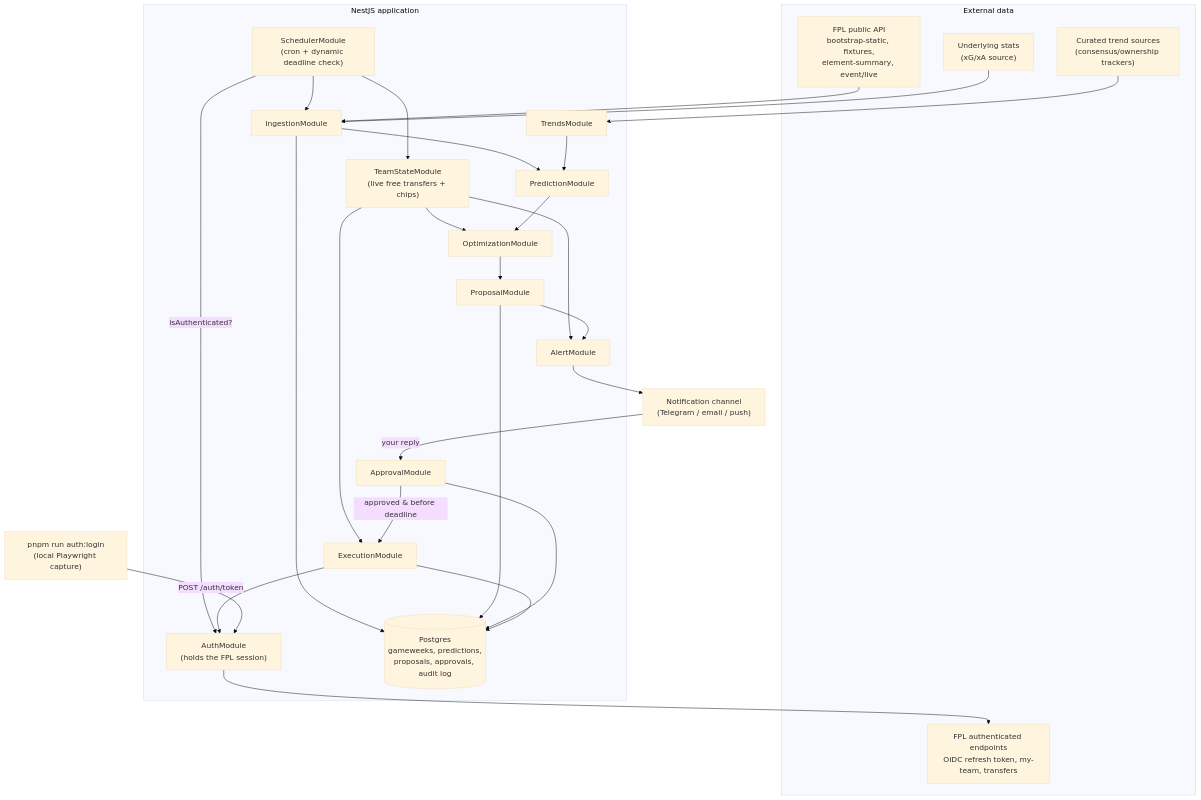
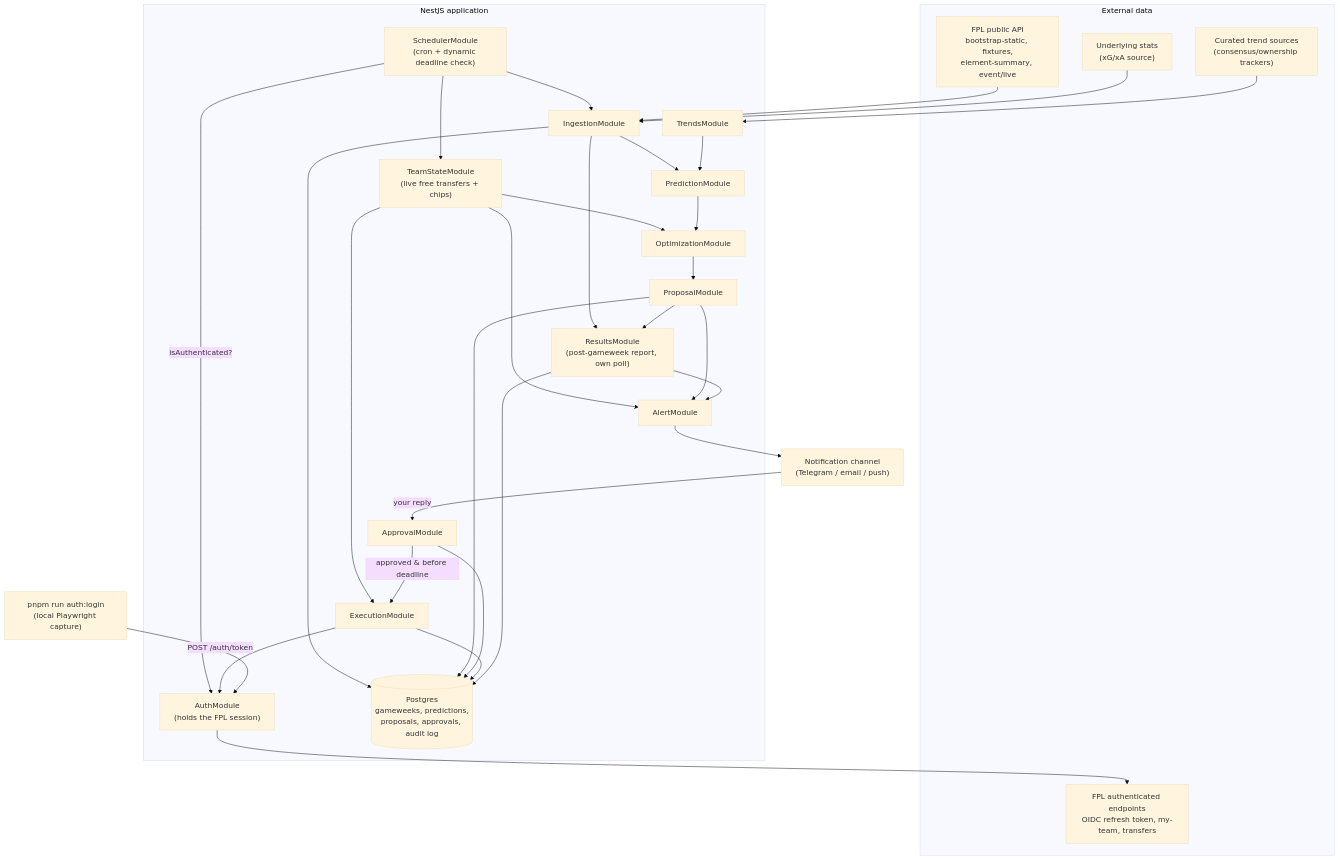
Before and after one commit to buka4rill/fpl-bot: the first of 2 diagrams in ARCHITECTURE.md, drawn with Mermaid (base theme). The commit also changed other lines of this file, not shown here.

First line of the commit message:
docs: bring ARCHITECTURE.md up to date with ResultsModule and season fix

````diff
--- a/ARCHITECTURE.md
+++ b/ARCHITECTURE.md
@@ -20,52 +20,57 @@
 ```mermaid
 flowchart TB
     subgraph External["External data"]
         FPLPUB["FPL public API<br/>bootstrap-static, fixtures,<br/>element-summary, event/live"]
         UNDERSTAT["Underlying stats<br/>(xG/xA source)"]
         TRENDS["Curated trend sources<br/>(consensus/ownership trackers)"]
         FPLAUTH["FPL authenticated endpoints<br/>OIDC refresh token, my-team, transfers"]
     end
 
     subgraph Nest["NestJS application"]
         SCHED["SchedulerModule<br/>(cron + dynamic deadline check)"]
         INGEST["IngestionModule"]
         TRENDSMOD["TrendsModule"]
         PREDICT["PredictionModule"]
         OPT["OptimizationModule"]
         TEAMSTATE["TeamStateModule<br/>(live free transfers + chips)"]
         PROPOSAL["ProposalModule"]
         ALERT["AlertModule"]
         APPROVAL["ApprovalModule"]
         EXEC["ExecutionModule"]
         AUTH["AuthModule<br/>(holds the FPL session)"]
+        RESULTS["ResultsModule<br/>(post-gameweek report, own poll)"]
         DB[("Postgres<br/>gameweeks, predictions,<br/>proposals, approvals, audit log")]
     end
 
     NOTIFY["Notification channel<br/>(Telegram / email / push)"]
     LOCALLOGIN["pnpm run auth:login<br/>(local Playwright capture)"]
 
     FPLPUB --> INGEST
     UNDERSTAT --> INGEST
     TRENDS --> TRENDSMOD
     SCHED --> INGEST
     SCHED --> TEAMSTATE
     SCHED -->|isAuthenticated?| AUTH
     TEAMSTATE --> EXEC
     TEAMSTATE --> ALERT
     TEAMSTATE --> OPT
     INGEST --> DB
     INGEST --> PREDICT
     TRENDSMOD --> PREDICT
     PREDICT --> OPT
     OPT --> PROPOSAL
     PROPOSAL --> DB
     PROPOSAL --> ALERT
     ALERT --> NOTIFY
     NOTIFY -->|your reply| APPROVAL
     APPROVAL --> DB
     APPROVAL -->|approved & before deadline| EXEC
     EXEC --> AUTH
     AUTH --> FPLAUTH
     EXEC --> DB
     LOCALLOGIN -->|POST /auth/token| AUTH
+    INGEST --> RESULTS
+    PROPOSAL --> RESULTS
+    RESULTS --> ALERT
+    RESULTS --> DB
 ```
````
